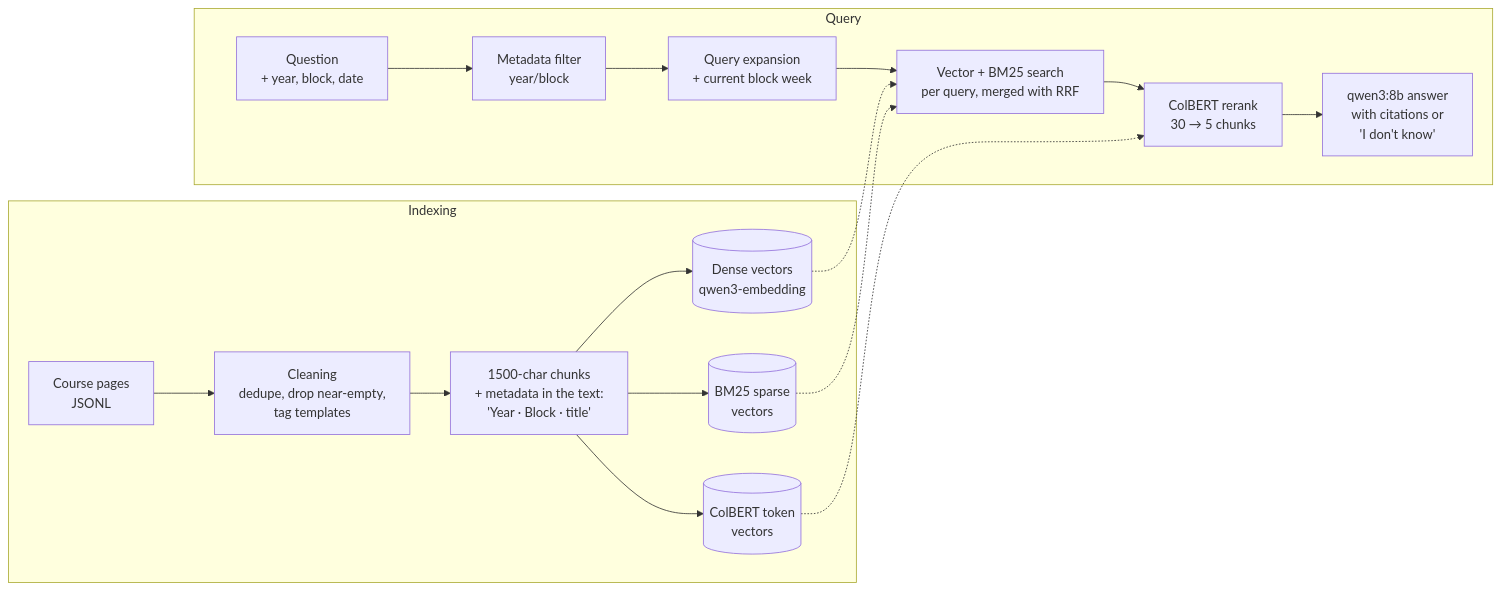
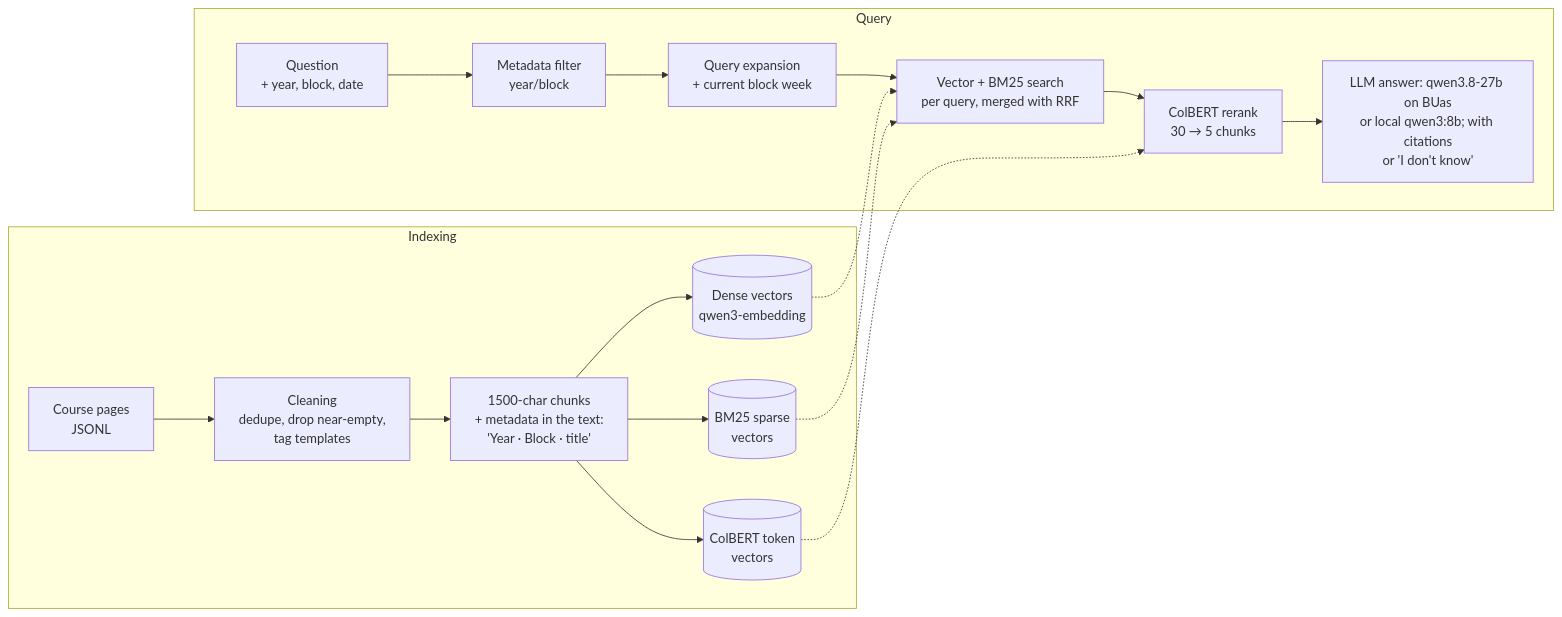
The diagram in README.md (Shadowiee18/rag-project), drawn with Mermaid before and after one commit. The commit also changed other lines of this file and 4 other files, not shown here.

First line of the commit message:
Default answering model: qwen3.8-27b on the BUas LLM service

````diff
--- a/README.md
+++ b/README.md
@@ -52,20 +63,20 @@
 ```mermaid
 flowchart LR
     subgraph Indexing
         P[Course pages<br/>JSONL] --> C[Cleaning<br/>dedupe, drop near-empty,<br/>tag templates]
         C --> K[1500-char chunks<br/>+ metadata in the text:<br/>'Year · Block · title']
         K --> D[(Dense vectors<br/>qwen3-embedding)]
         K --> B[(BM25 sparse<br/>vectors)]
         K --> L[(ColBERT token<br/>vectors)]
     end
     subgraph Query
         Q[Question<br/>+ year, block, date] --> F[Metadata filter<br/>year/block]
         F --> R[Query expansion<br/>+ current block week]
         R --> H[Vector + BM25 search<br/>per query, merged with RRF]
         H --> X[ColBERT rerank<br/>30 → 5 chunks]
-        X --> G[qwen3:8b answer<br/>with citations or<br/>'I don't know']
+        X --> G[LLM answer: qwen3.8-27b on BUas<br/>or local qwen3:8b; with citations<br/>or 'I don't know']
     end
     D -.-> H
     B -.-> H
     L -.-> X
 ```
````
